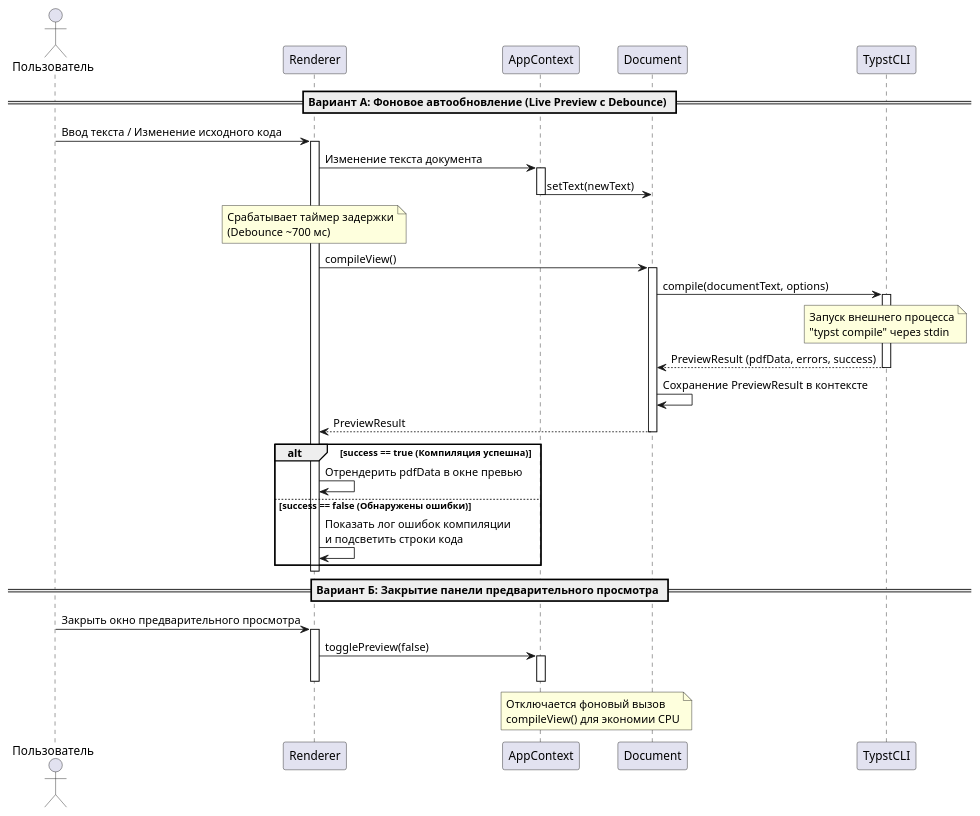
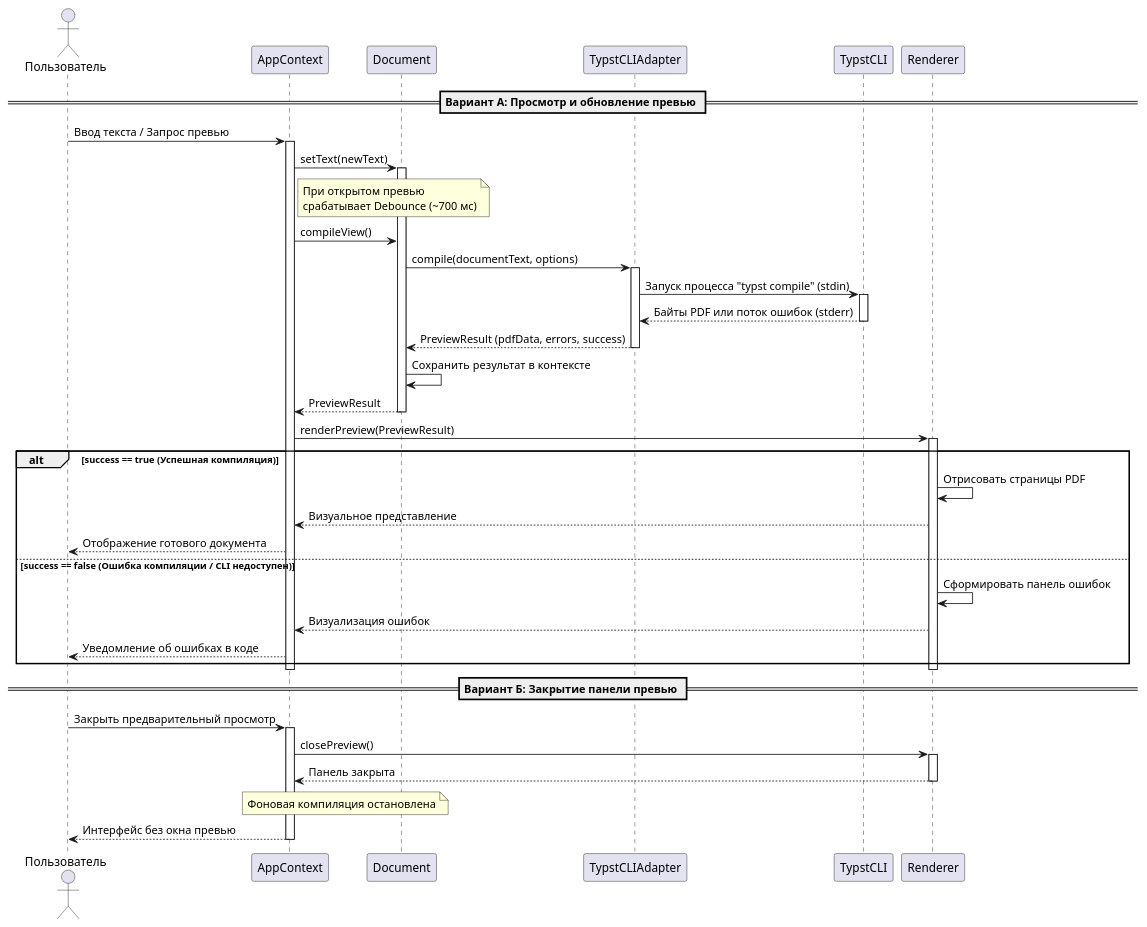
The diagram in docs/precedents/typst_preview/typst_preview_sequence.puml (penamarth/bsbo-10-24_team5_var11_textedit), drawn with PlantUML before and after one commit. The commit also changed 1 other file, not shown here.

```diff
--- a/docs/precedents/typst_preview/typst_preview_sequence.puml
+++ b/docs/precedents/typst_preview/typst_preview_sequence.puml
@@ -1,50 +1,62 @@
 @startuml
 actor Пользователь
-participant Renderer
 participant AppContext
 participant Document
+participant TypstCLIAdapter
 participant TypstCLI
+participant Renderer
 
-== Вариант А: Фоновое автообновление (Live Preview с Debounce) ==
+== Вариант А: Просмотр и обновление превью ==
 
-Пользователь -> Renderer : Ввод текста / Изменение исходного кода
+Пользователь -> AppContext : Ввод текста / Запрос превью
+activate AppContext
+
+AppContext -> Document : setText(newText)
+activate Document
+note right of AppContext : При открытом превью\nсрабатывает Debounce (~700 мс)
+
+AppContext -> Document : compileView()
+Document -> TypstCLIAdapter : compile(documentText, options)
+activate TypstCLIAdapter
+
+TypstCLIAdapter -> TypstCLI : Запуск процесса "typst compile" (stdin)
+activate TypstCLI
+TypstCLIAdapter <-- TypstCLI : Байты PDF или поток ошибок (stderr)
+deactivate TypstCLI
+
+Document <-- TypstCLIAdapter : PreviewResult (pdfData, errors, success)
+deactivate TypstCLIAdapter
+
+Document -> Document : Сохранить результат в контексте
+AppContext <-- Document : PreviewResult
+deactivate Document
+
+AppContext -> Renderer : renderPreview(PreviewResult)
 activate Renderer
-Renderer -> AppContext : Изменение текста документа
-activate AppContext
-AppContext -> Document : setText(newText)
+
+alt success == true (Успешная компиляция)
+    Renderer -> Renderer : Отрисовать страницы PDF
+    AppContext <-- Renderer : Визуальное представление
+    Пользователь <-- AppContext : Отображение готового документа
+else success == false (Ошибка компиляции / CLI недоступен)
+    Renderer -> Renderer : Сформировать панель ошибок
+    AppContext <-- Renderer : Визуализация ошибок
+    Пользователь <-- AppContext : Уведомление об ошибках в коде
+end
+
+deactivate Renderer
 deactivate AppContext
 
-note over Renderer : Срабатывает таймер задержки\n(Debounce ~700 мс)
+== Вариант Б: Закрытие панели превью ==
 
-Renderer -> Document : compileView()
-activate Document
-Document -> TypstCLI : compile(documentText, options)
-activate TypstCLI
-
-note over TypstCLI : Запуск внешнего процесса\n"typst compile" через stdin
-
-Document <-- TypstCLI : PreviewResult (pdfData, errors, success)
-deactivate TypstCLI
-
-Document -> Document : Сохранение PreviewResult в контексте
-Renderer <-- Document : PreviewResult
-deactivate Document
-
-alt success == true (Компиляция успешна)
-    Renderer -> Renderer : Отрендерить pdfData в окне превью
-else success == false (Обнаружены ошибки)
-    Renderer -> Renderer : Показать лог ошибок компиляции\nи подсветить строки кода
-end
+Пользователь -> AppContext : Закрыть предварительный просмотр
+activate AppContext
+AppContext -> Renderer : closePreview()
+activate Renderer
+AppContext <-- Renderer : Панель закрыта
 deactivate Renderer
-
-== Вариант Б: Закрытие панели предварительного просмотра ==
-
-Пользователь -> Renderer : Закрыть окно предварительного просмотра
-activate Renderer
-Renderer -> AppContext : togglePreview(false)
-activate AppContext
-note over AppContext, Document : Отключается фоновый вызов\ncompileView() для экономии CPU
+note over AppContext, Document : Фоновая компиляция остановлена
+Пользователь <-- AppContext : Интерфейс без окна превью
 deactivate AppContext
-deactivate Renderer
 
 @enduml
```
